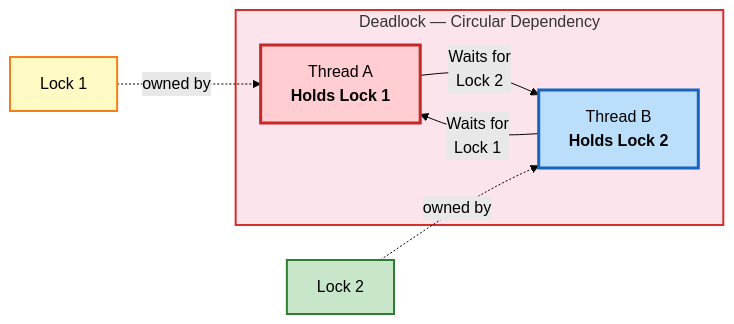
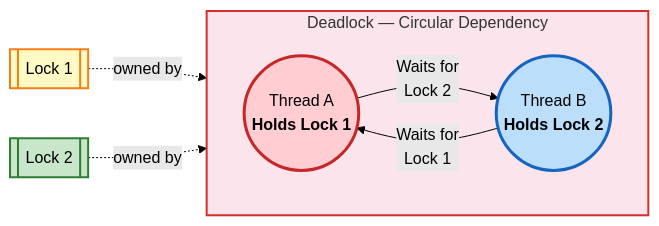
One commit to saivamsikaruturi/vamsilabs-dev-notes-main changed the first of 2 diagrams in docs/java/deadlocks.md. Above: the diagram before and after it, drawn with Mermaid (forest theme). The commit also changed other lines of this file and 146 other files, not shown here.

Commit message:
Horizontal diagrams, UML class diagrams, typography overhaul, and permalink cleanup

````diff
--- a/docs/java/deadlocks.md
+++ b/docs/java/deadlocks.md
@@ -9,16 +9,17 @@
 ```mermaid
-graph LR
+flowchart LR
     subgraph DeadlockCycle["Deadlock — Circular Dependency"]
-        TA["Thread A<br/><b>Holds Lock 1</b>"] -->|"Waits for<br/>Lock 2"| TB["Thread B<br/><b>Holds Lock 2</b>"]
+        direction LR
+        TA(("Thread A<br/><b>Holds Lock 1</b>")) -->|"Waits for<br/>Lock 2"| TB(("Thread B<br/><b>Holds Lock 2</b>"))
         TB -->|"Waits for<br/>Lock 1"| TA
     end
 
-    L1["Lock 1"] -.->|"owned by"| TA
-    L2["Lock 2"] -.->|"owned by"| TB
+    L1[["Lock 1"]] -.->|"owned by"| TA
+    L2[["Lock 2"]] -.->|"owned by"| TB
 
     style TA fill:#ffcdd2,stroke:#c62828,stroke-width:3px
     style TB fill:#bbdefb,stroke:#1565c0,stroke-width:3px
     style L1 fill:#fff9c4,stroke:#f57f17,stroke-width:2px
     style L2 fill:#c8e6c9,stroke:#2e7d32,stroke-width:2px
     style DeadlockCycle fill:#fce4ec,stroke:#d32f2f,stroke-width:2px
 ```
````
